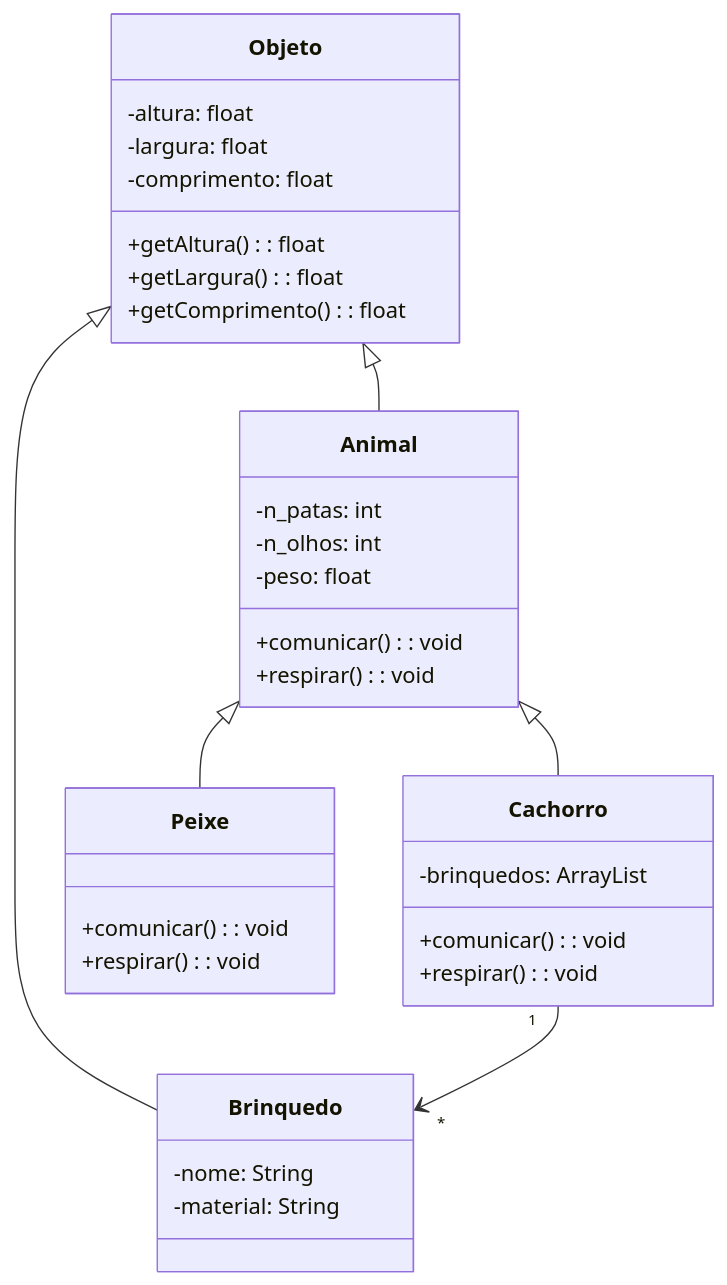
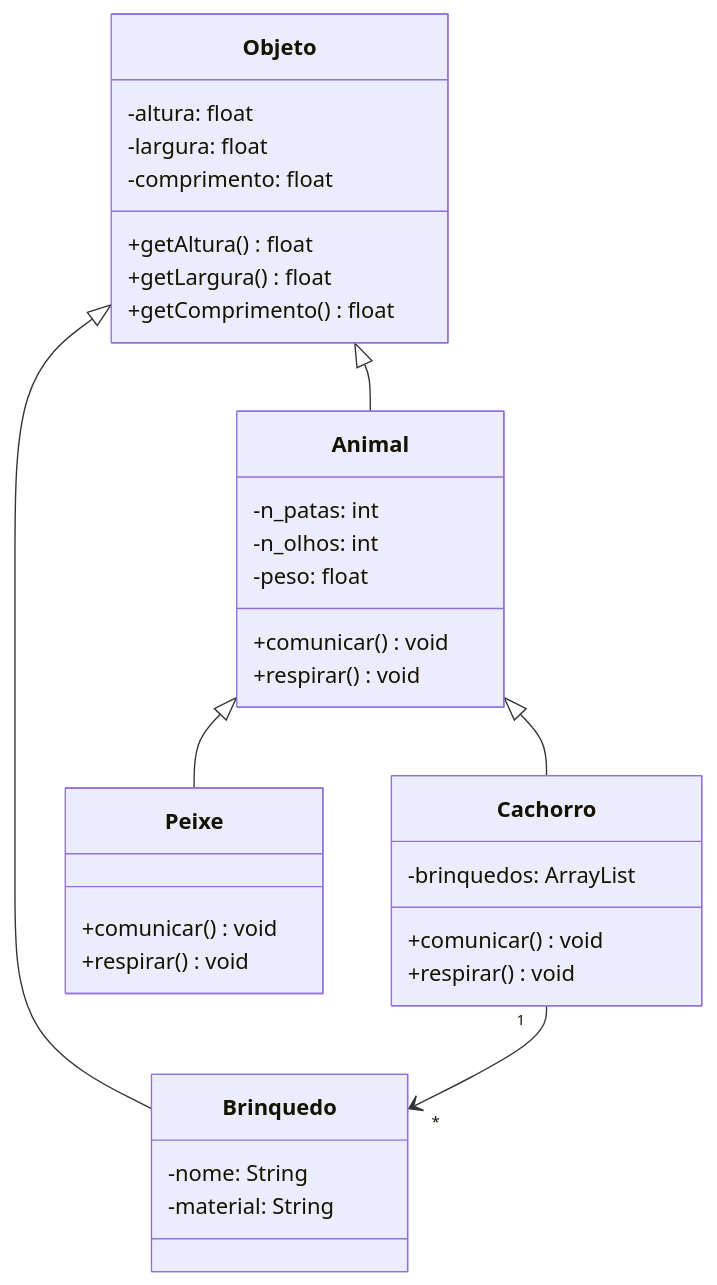
The fifth of 7 diagrams in capitulos/UML.md (henryzord/softwareEngineering), drawn with Mermaid before and after one commit. The commit also changed other lines of this file, not shown here.

Commit message:
Fix method signatures in UML diagram

````diff
--- a/capitulos/UML.md
+++ b/capitulos/UML.md
@@ -240,45 +240,45 @@
 ```mermaid
 classDiagram    
     class Objeto {
         -altura: float
         -largura: float
         -comprimento: float
-        +getAltura(): float
-        +getLargura(): float
-        +getComprimento(): float
+        +getAltura() float
+        +getLargura() float
+        +getComprimento() float
     }
         
     class Animal {
         -n_patas: int
         -n_olhos: int
         -peso: float
-        +comunicar(): void
-        +respirar(): void
+        +comunicar() void
+        +respirar() void
     }
 
     Objeto <|-- Animal
 
     class Cachorro {
         -brinquedos: ArrayList<Brinquedo>
         
-        +comunicar(): void
-        +respirar(): void
+        +comunicar() void
+        +respirar() void
     }
 
     class Peixe {
-        +comunicar(): void
-        +respirar(): void
+        +comunicar() void
+        +respirar() void
     }
 
     Animal <|-- Cachorro
     Animal <|-- Peixe
     
     class Brinquedo {
         -nome: String
         -material: String 
     }
     
     Objeto <|-- Brinquedo
     
     Cachorro "1" --> "*" Brinquedo 
 ```
````
